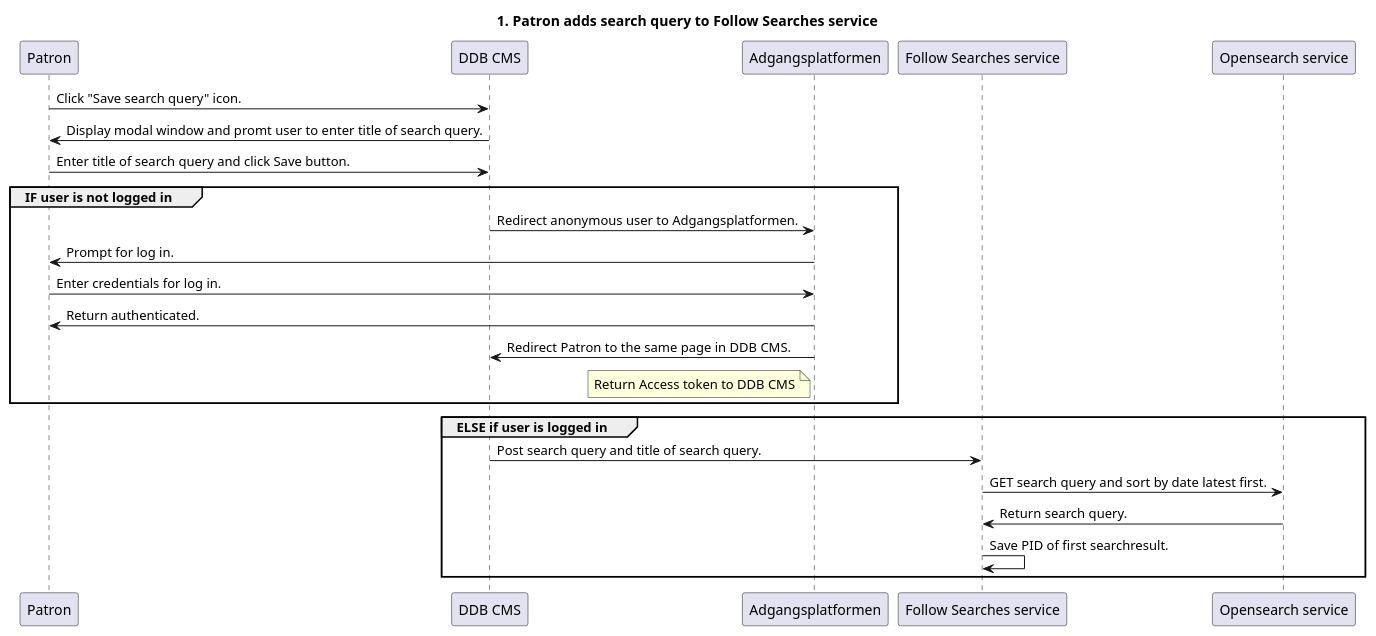
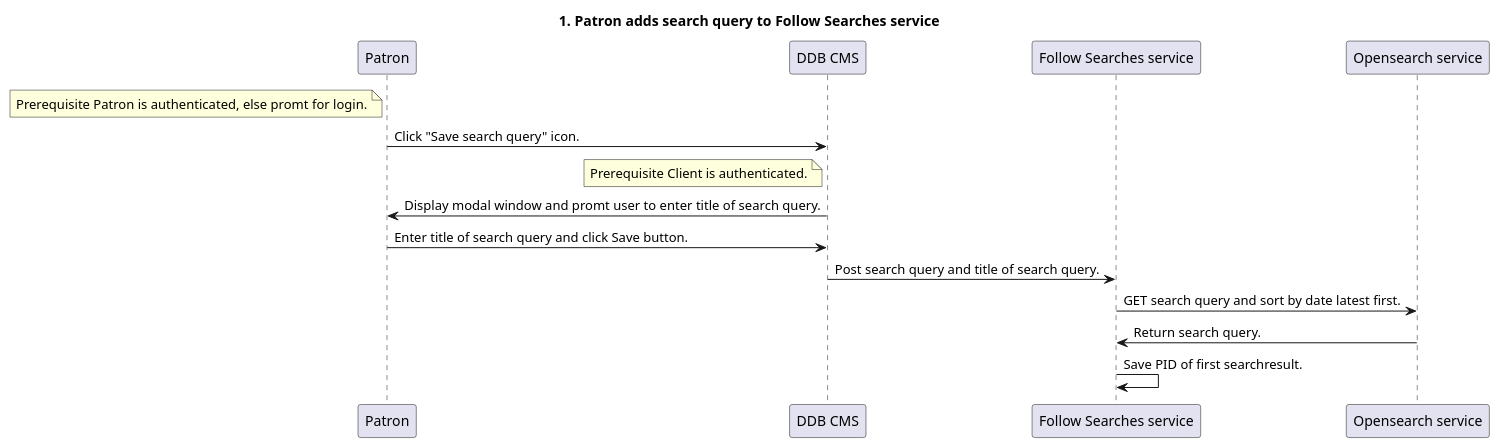
One commit to rolfmadsen/rolfmadsen.github.com changed the first of 4 diagrams in plantuml/diagrams_openlist_follow-searches.puml. Above: the diagram before and after it, drawn with PlantUML. The commit also changed other lines of this file, not shown here.

Commit message:
Simplify flow for authentication of Patron and Client.

```diff
--- a/plantuml/diagrams_openlist_follow-searches.puml
+++ b/plantuml/diagrams_openlist_follow-searches.puml
@@ -1,25 +1,17 @@
 @startuml
  
     Title: 1. Patron adds search query to Follow Searches service
 
+            Note left of Patron: Prerequisite Patron is authenticated, else promt for login.
             "Patron"->"DDB CMS": Click "Save search query" icon.
+
+            Note left of "DDB CMS": Prerequisite Client is authenticated.
             "DDB CMS"->"Patron": Display modal window and promt user to enter title of search query.
+
             "Patron"->"DDB CMS": Enter title of search query and click Save button.
-            
-            group IF user is not logged in
-                "DDB CMS"->"Adgangsplatformen": Redirect anonymous user to Adgangsplatformen.
-                "Adgangsplatformen"->"Patron": Prompt for log in.
-                "Patron"->"Adgangsplatformen": Enter credentials for log in.
-                "Adgangsplatformen"->"Patron": Return authenticated.
-                "Adgangsplatformen"->"DDB CMS": Redirect Patron to the same page in DDB CMS.
-                Note left of "Adgangsplatformen": Return Access token to DDB CMS
-            end
-                    
-            Group ELSE if user is logged in
-                "DDB CMS"->"Follow Searches service": Post search query and title of search query.
-                "Follow Searches service"->"Opensearch service": GET search query and sort by date latest first.
-                "Opensearch service"->"Follow Searches service": Return search query.
-                "Follow Searches service"->"Follow Searches service": Save PID of first searchresult.
-            end
+            "DDB CMS"->"Follow Searches service": Post search query and title of search query.
+            "Follow Searches service"->"Opensearch service": GET search query and sort by date latest first.
+            "Opensearch service"->"Follow Searches service": Return search query.
+            "Follow Searches service"->"Follow Searches service": Save PID of first searchresult.
             
 @enduml
```
